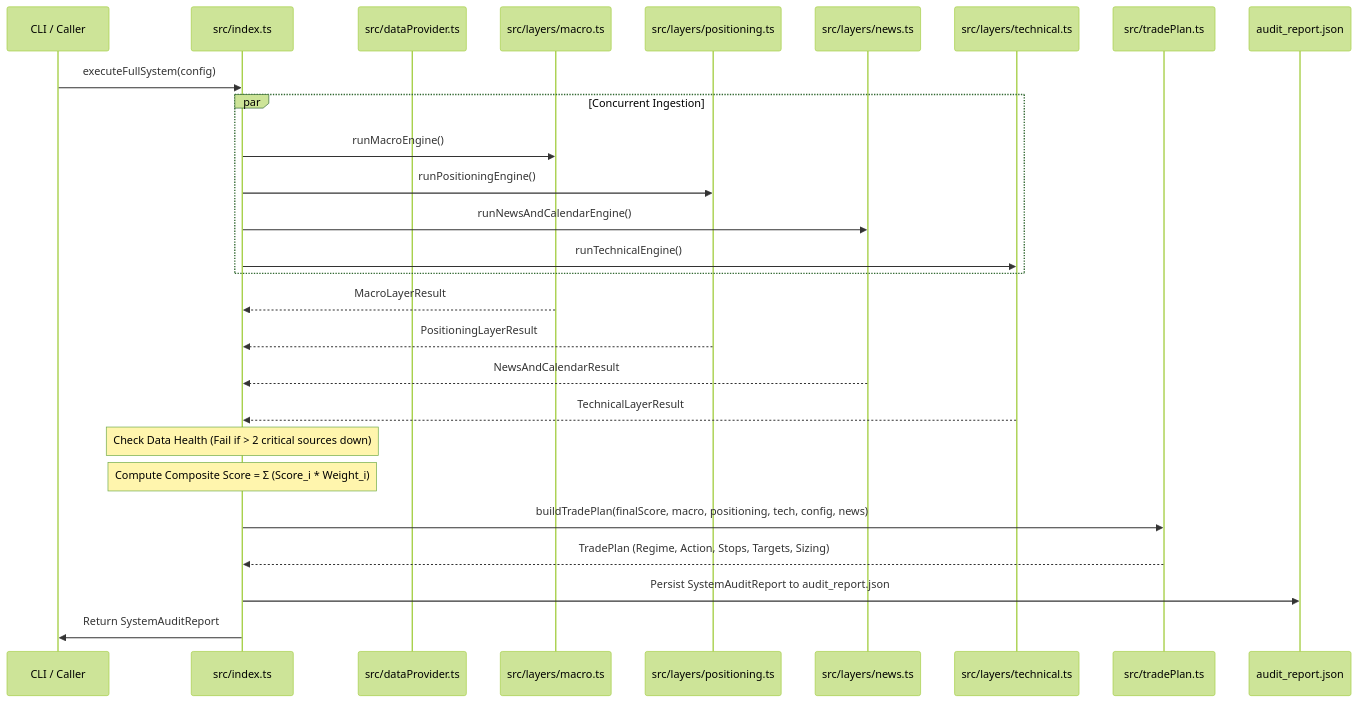
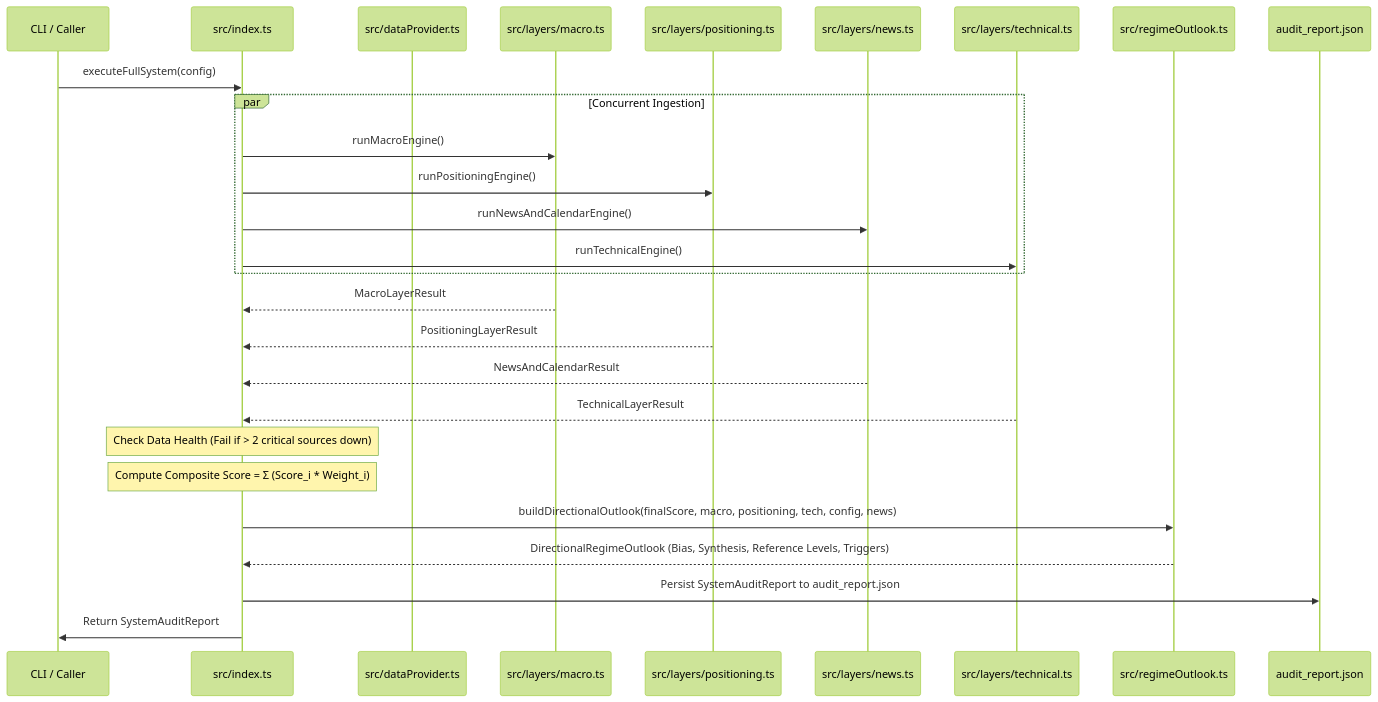
One commit to 1ewig/stir-engine changed the diagram in TECHNICAL_DOCS.md. Above: the diagram before and after it, drawn with Mermaid (forest theme). The commit also changed other lines of this file and 9 other files, not shown here.

Commit message:
feat: upgrade to institutional directional regime compass and remove trade signals

````diff
--- a/TECHNICAL_DOCS.md
+++ b/TECHNICAL_DOCS.md
@@ -34,33 +34,33 @@
 ```mermaid
 sequenceDiagram
     participant CLI as CLI / Caller
     participant Orchestrator as src/index.ts
     participant DP as src/dataProvider.ts
     participant Macro as src/layers/macro.ts
     participant CoT as src/layers/positioning.ts
     participant News as src/layers/news.ts
     participant Tech as src/layers/technical.ts
-    participant Planner as src/tradePlan.ts
+    participant Outlook as src/regimeOutlook.ts
     participant Audit as audit_report.json
 
     CLI->>Orchestrator: executeFullSystem(config)
     par Concurrent Ingestion
         Orchestrator->>Macro: runMacroEngine()
         Orchestrator->>CoT: runPositioningEngine()
         Orchestrator->>News: runNewsAndCalendarEngine()
         Orchestrator->>Tech: runTechnicalEngine()
     end
     Macro-->>Orchestrator: MacroLayerResult
     CoT-->>Orchestrator: PositioningLayerResult
     News-->>Orchestrator: NewsAndCalendarResult
     Tech-->>Orchestrator: TechnicalLayerResult
 
     Note over Orchestrator: Check Data Health (Fail if > 2 critical sources down)
     Note over Orchestrator: Compute Composite Score = Σ (Score_i * Weight_i)
 
-    Orchestrator->>Planner: buildTradePlan(finalScore, macro, positioning, tech, config, news)
-    Planner-->>Orchestrator: TradePlan (Regime, Action, Stops, Targets, Sizing)
+    Orchestrator->>Outlook: buildDirectionalOutlook(finalScore, macro, positioning, tech, config, news)
+    Outlook-->>Orchestrator: DirectionalRegimeOutlook (Bias, Synthesis, Reference Levels, Triggers)
 
     Orchestrator->>Audit: Persist SystemAuditReport to audit_report.json
     Orchestrator->>CLI: Return SystemAuditReport
 ```
````
